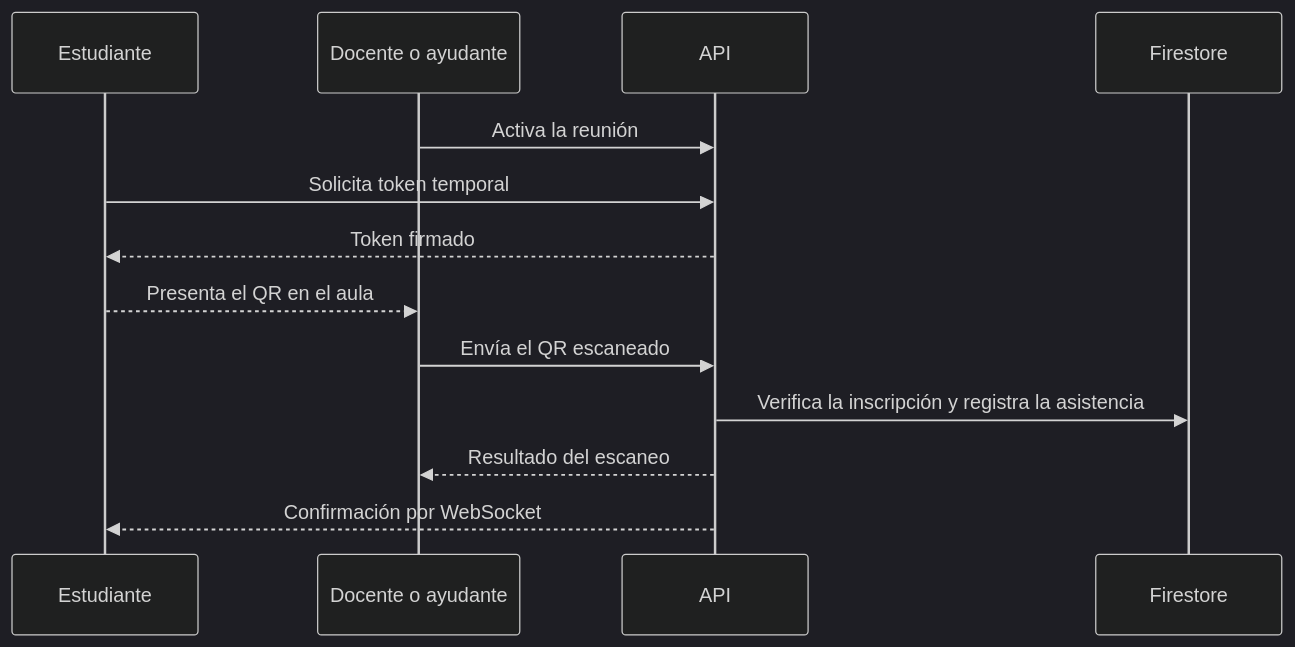
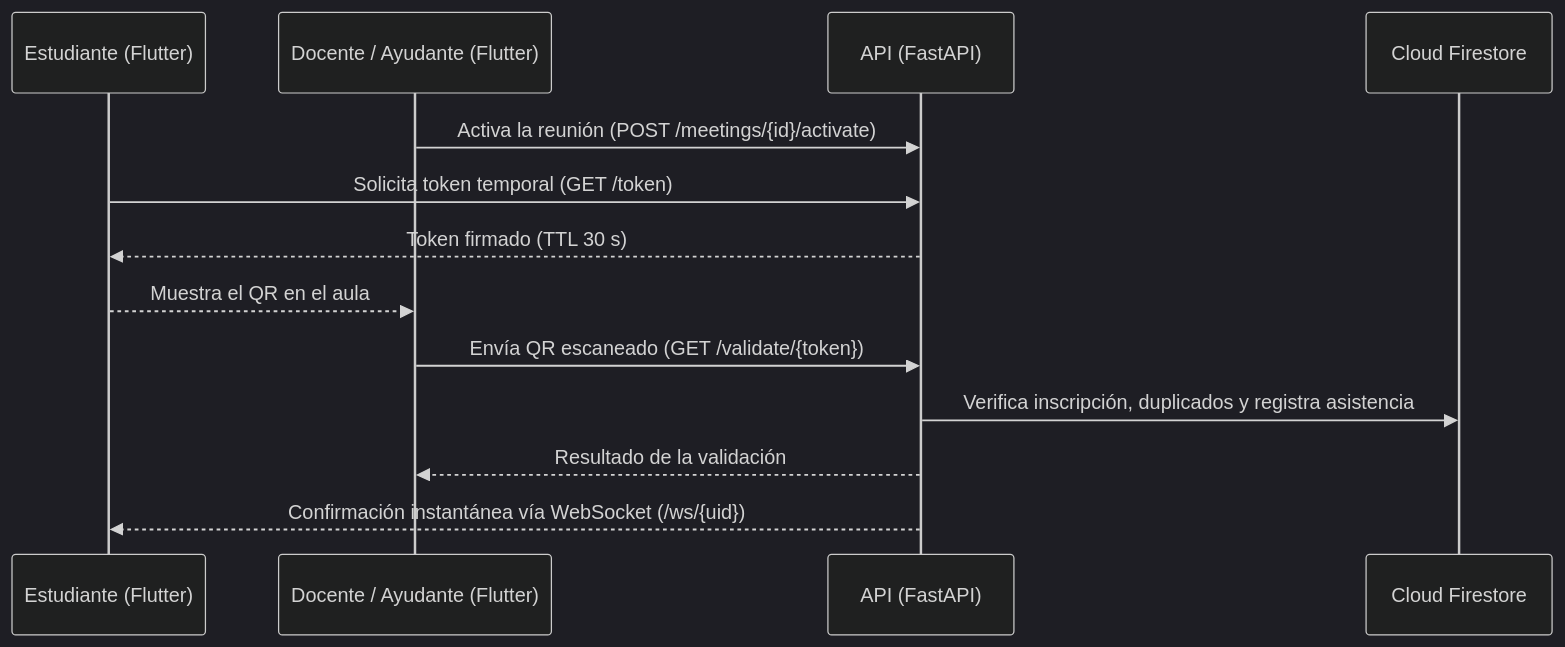
The first of 2 diagrams in README.md (cristobal-nan/academic-attendance-system), drawn with Mermaid (dark theme) before and after one commit. The commit also changed other lines of this file and 16 other files, not shown here.

````diff
--- a/README.md
+++ b/README.md
@@ -16,15 +22,15 @@
 ```mermaid
 sequenceDiagram
-    participant E as Estudiante
-    participant D as Docente o ayudante
-    participant A as API
-    participant F as Firestore
-    D->>A: Activa la reunión
-    E->>A: Solicita token temporal
-    A-->>E: Token firmado
-    E-->>D: Presenta el QR en el aula
-    D->>A: Envía el QR escaneado
-    A->>F: Verifica la inscripción y registra la asistencia
-    A-->>D: Resultado del escaneo
-    A-->>E: Confirmación por WebSocket
+    participant E as Estudiante (Flutter)
+    participant D as Docente / Ayudante (Flutter)
+    participant A as API (FastAPI)
+    participant F as Cloud Firestore
+    D->>A: Activa la reunión (POST /meetings/{id}/activate)
+    E->>A: Solicita token temporal (GET /token)
+    A-->>E: Token firmado (TTL 30 s)
+    E-->>D: Muestra el QR en el aula
+    D->>A: Envía QR escaneado (GET /validate/{token})
+    A->>F: Verifica inscripción, duplicados y registra asistencia
+    A-->>D: Resultado de la validación
+    A-->>E: Confirmación instantánea vía WebSocket (/ws/{uid})
 ```
````
